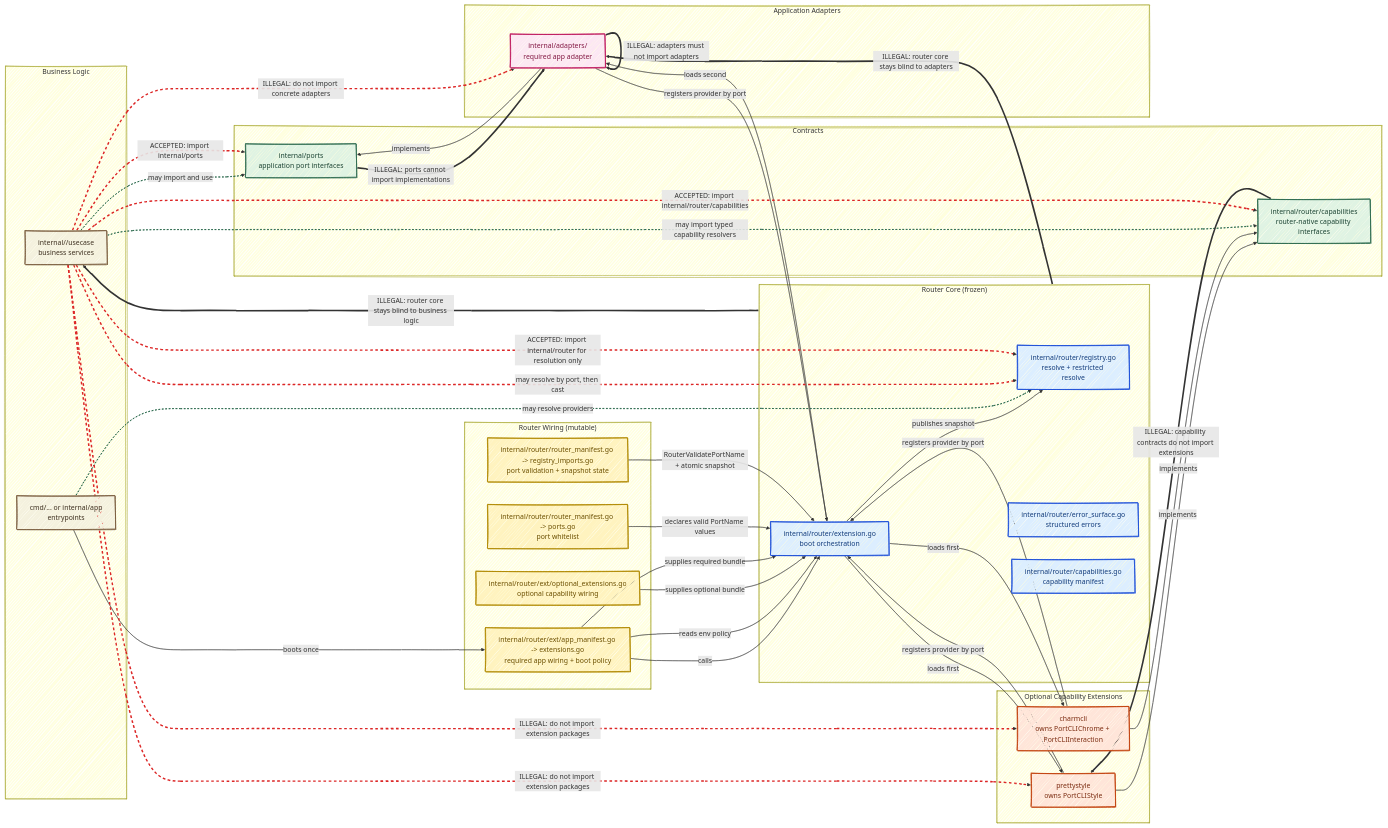
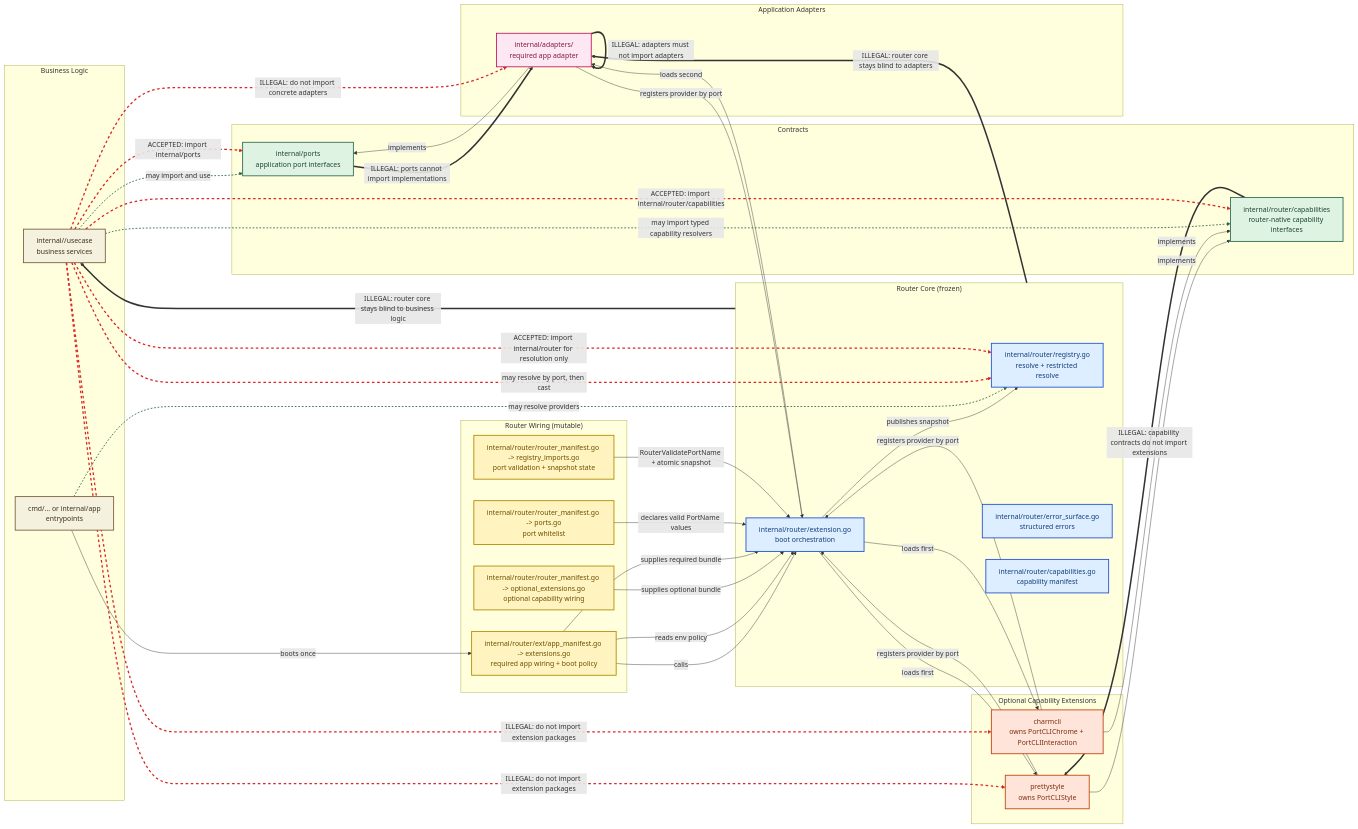
Before and after one commit to michaelbomholt665/wrlk: the diagram in README.md, drawn with Mermaid. The commit also changed other lines of this file and 22 other files, not shown here.

````diff
--- a/README.md
+++ b/README.md
@@ -10,7 +10,7 @@
 ---
 config:
   layout: dagre
-  look: handDrawn
+  look: classic
 ---
 flowchart LR
     subgraph Business["Business Logic"]
@@ -26,7 +26,7 @@
     subgraph RouterMutable["Router Wiring (mutable)"]
         Ports["internal/router/router_manifest.go -> ports.go\nport whitelist"]
         Imports["internal/router/router_manifest.go -> registry_imports.go\nport validation + snapshot state"]
-        OptExt["internal/router/ext/optional_extensions.go\noptional capability wiring"]
+        OptExt["internal/router/router_manifest.go -> optional_extensions.go\noptional capability wiring"]
         ReqExt["internal/router/ext/app_manifest.go -> extensions.go\nrequired app wiring + boot policy"]
     end
 
@@ -101,4 +101,5 @@
 
     linkStyle 17,18,19 stroke:#2d6a4f,stroke-width:2px,stroke-dasharray: 4 4
     linkStyle 20,21,22,23,24,25,26 stroke:#dc2626,stroke-width:3px,stroke-dasharray: 6 6
+
 ```
````
